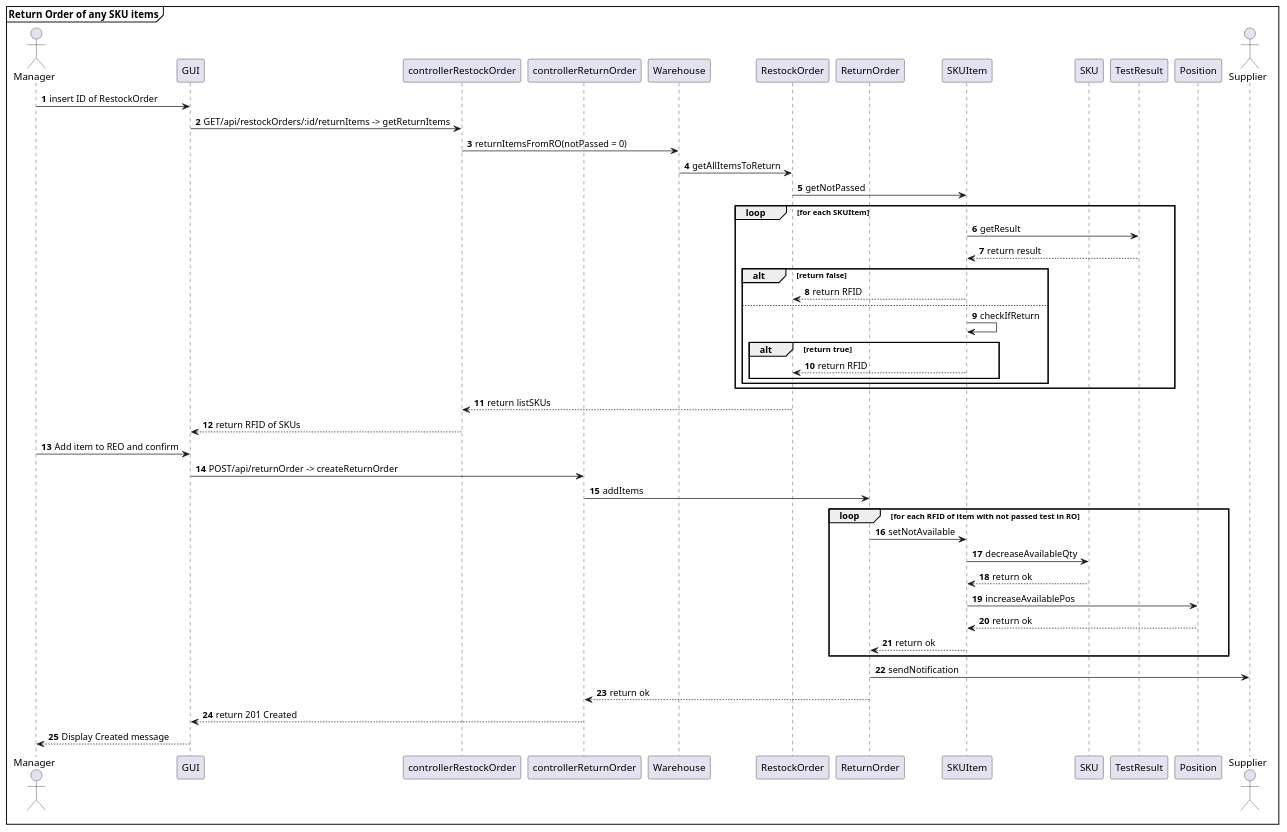
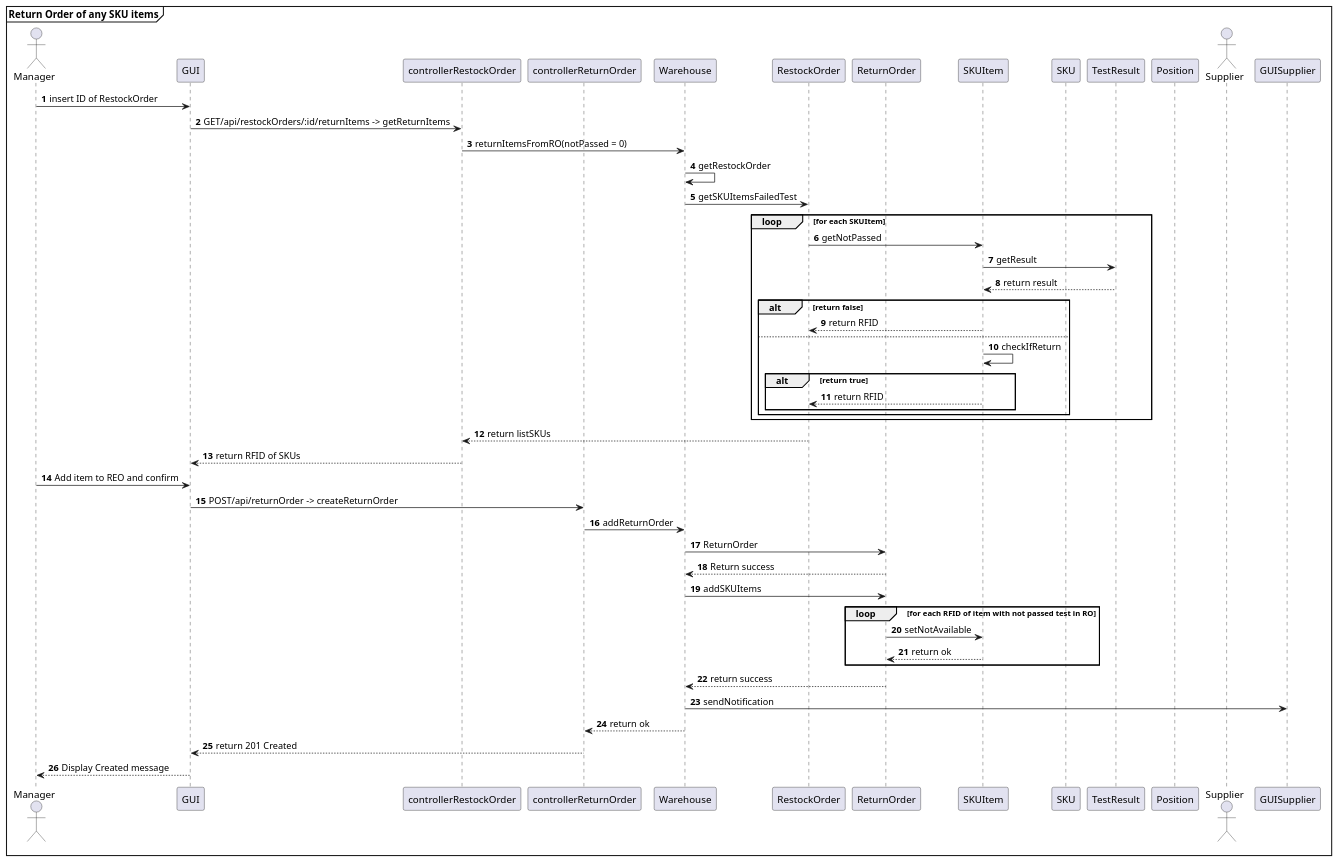
Before and after one commit to AlexZampa/EzWh: diagram 19 of 30 in DesignDocument.md, drawn with PlantUML. The commit also changed other lines of this file, not shown here.

Commit message:
Edit UC6-7-9

````diff
--- a/DesignDocument.md
+++ b/DesignDocument.md
@@ -1075,56 +1075,57 @@
 ```plantuml
 @startuml
 mainframe **Return Order of any SKU items**
 actor Manager 
 participant GUI
 participant controllerRestockOrder
 participant controllerReturnOrder
 participant Warehouse
 participant RestockOrder
 participant ReturnOrder
 participant SKUItem
 participant SKU
 participant TestResult
 participant Position
 actor Supplier
 
 autonumber
 Manager -> GUI : insert ID of RestockOrder
 GUI -> controllerRestockOrder : GET/api/restockOrders/:id/returnItems -> getReturnItems
 controllerRestockOrder -> Warehouse : returnItemsFromRO(notPassed = 0)
-Warehouse -> RestockOrder : getAllItemsToReturn
-RestockOrder -> SKUItem : getNotPassed
+Warehouse -> Warehouse : getRestockOrder
+Warehouse -> RestockOrder : getSKUItemsFailedTest
 loop for each SKUItem
+  RestockOrder -> SKUItem : getNotPassed
   SKUItem -> TestResult : getResult
   SKUItem <-- TestResult : return result
   alt return false
     RestockOrder <-- SKUItem : return RFID
   else 
       SKUItem -> SKUItem : checkIfReturn
         alt return true
           RestockOrder <-- SKUItem : return RFID
         end alt
   end alt
 end loop
 
 RestockOrder --> controllerRestockOrder : return listSKUs
 controllerRestockOrder --> GUI : return RFID of SKUs
 
 Manager -> GUI : Add item to REO and confirm
 GUI -> controllerReturnOrder : POST/api/returnOrder -> createReturnOrder
-controllerReturnOrder -> ReturnOrder : addItems 
+controllerReturnOrder -> Warehouse : addReturnOrder
+Warehouse -> ReturnOrder : ReturnOrder
+Warehouse <-- ReturnOrder : Return success  
+Warehouse -> ReturnOrder : addSKUItems 
 loop for each RFID of item with not passed test in RO
   ReturnOrder -> SKUItem : setNotAvailable
-  SKUItem -> SKU : decreaseAvailableQty
-  SKUItem <-- SKU : return ok
-  SKUItem -> Position : increaseAvailablePos
-  SKUItem <-- Position : return ok
   ReturnOrder <-- SKUItem : return ok
 end loop
-ReturnOrder -> Supplier : sendNotification
-ReturnOrder --> controllerReturnOrder : return ok
+Warehouse <-- ReturnOrder : return success
+Warehouse -> GUISupplier : sendNotification
+Warehouse --> controllerReturnOrder : return ok
 controllerReturnOrder --> GUI : return 201 Created
 GUI --> Manager : Display Created message
 @enduml
 
 ```
````
